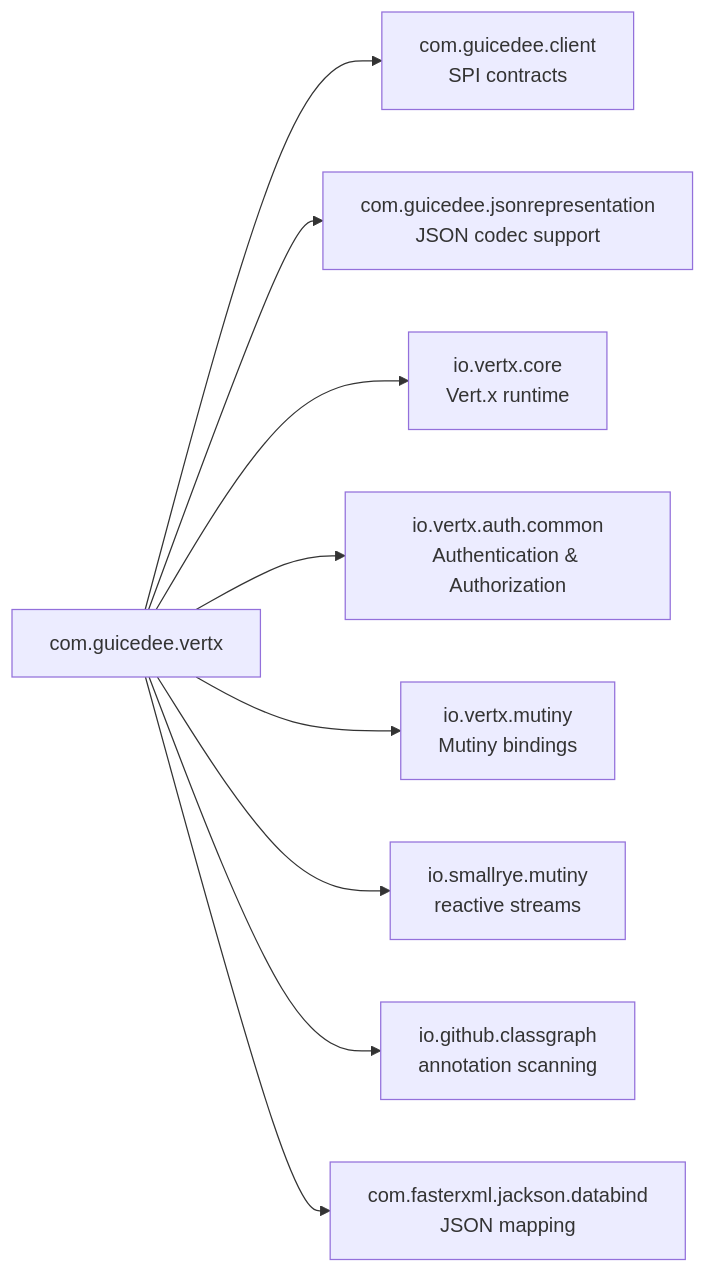
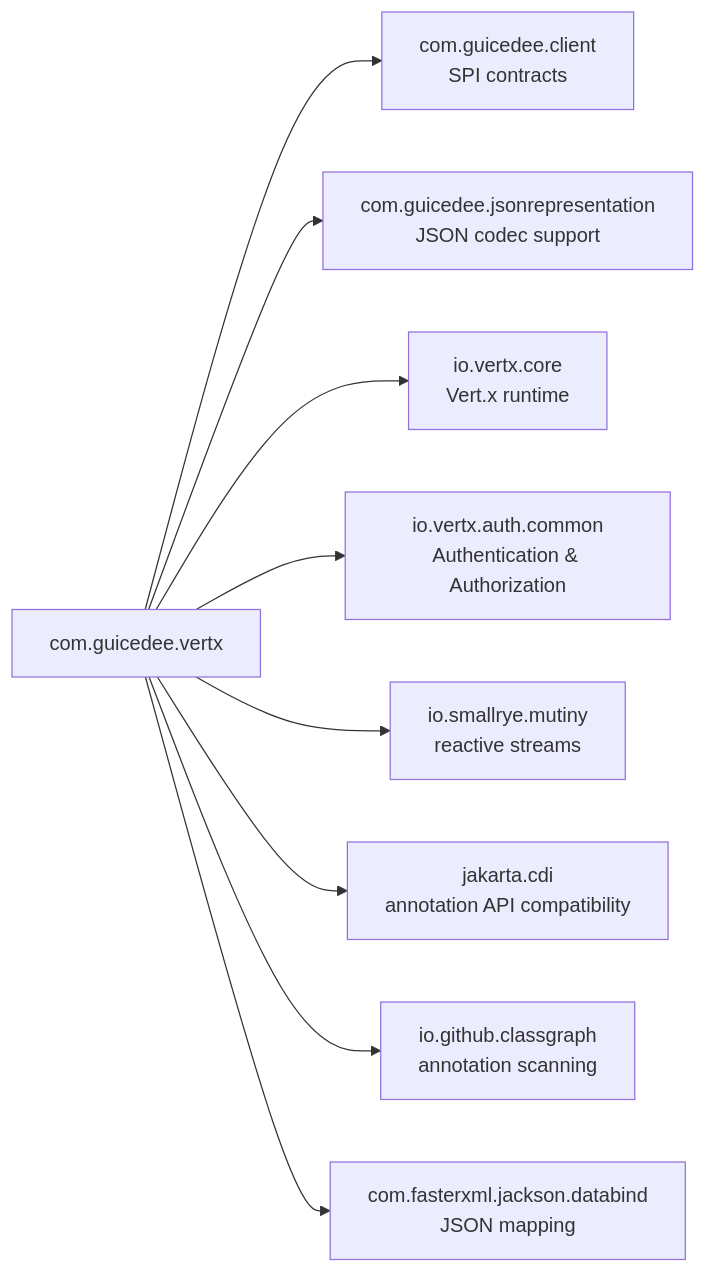
One commit to GuicedEE/Guiced-Vert.x changed the second of 2 diagrams in README.md. Above: the diagram before and after it, drawn with Mermaid. The commit also changed other lines of this file and 7 other files, not shown here.

````diff
--- a/README.md
+++ b/README.md
@@ -382,12 +382,12 @@
 ```mermaid
 flowchart LR
     com_guicedee_vertx["com.guicedee.vertx"]
     com_guicedee_vertx --> com_guicedee_client["com.guicedee.client<br/>SPI contracts"]
     com_guicedee_vertx --> com_guicedee_jsonrepresentation["com.guicedee.jsonrepresentation<br/>JSON codec support"]
     com_guicedee_vertx --> io_vertx_core["io.vertx.core<br/>Vert.x runtime"]
     com_guicedee_vertx --> io_vertx_auth_common["io.vertx.auth.common<br/>Authentication & Authorization"]
-    com_guicedee_vertx --> io_vertx_mutiny["io.vertx.mutiny<br/>Mutiny bindings"]
     com_guicedee_vertx --> io_smallrye_mutiny["io.smallrye.mutiny<br/>reactive streams"]
+    com_guicedee_vertx --> jakarta_cdi["jakarta.cdi<br/>annotation API compatibility"]
     com_guicedee_vertx --> io_github_classgraph["io.github.classgraph<br/>annotation scanning"]
     com_guicedee_vertx --> com_fasterxml_jackson_databind["com.fasterxml.jackson.databind<br/>JSON mapping"]
 ```
````
